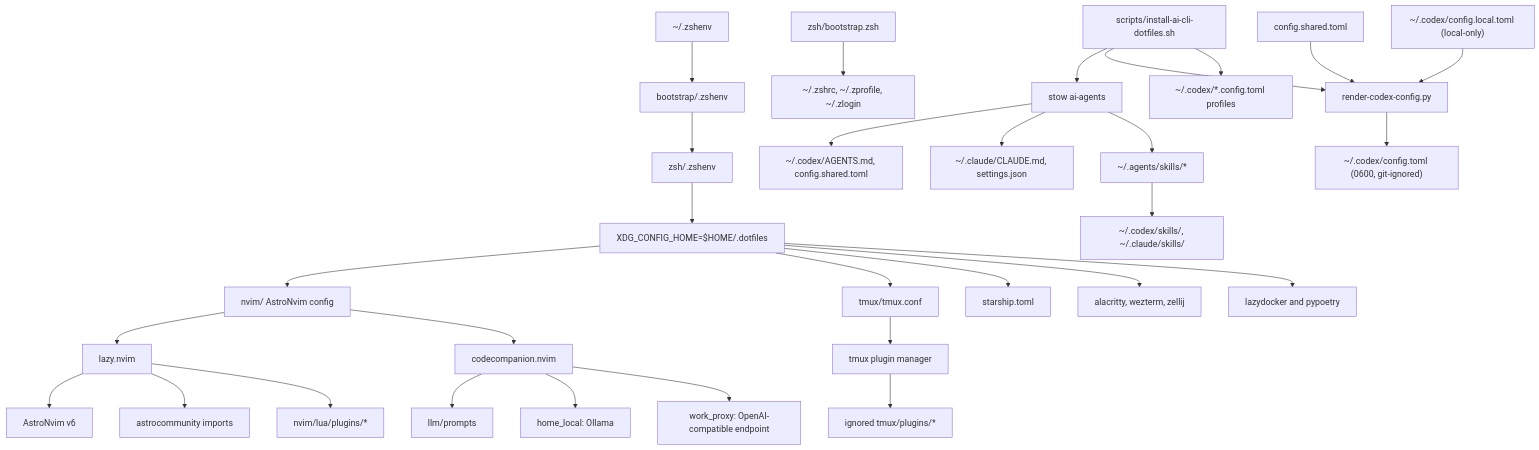
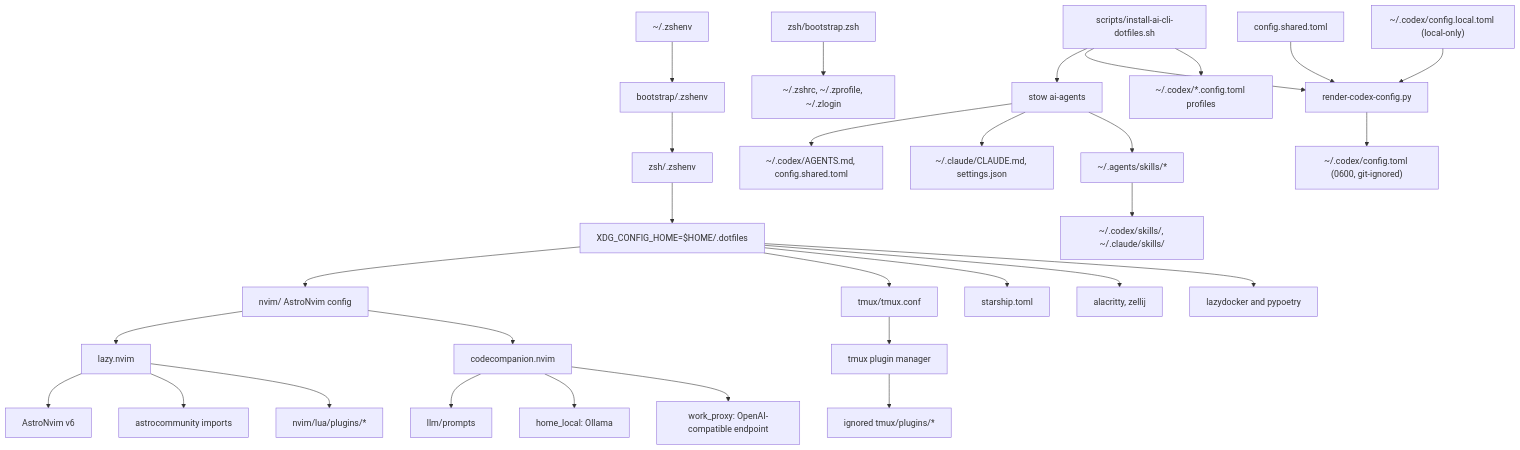
Before and after one commit to therealalexmois/dotfiles: the diagram in AGENTS.md, drawn with Mermaid. The commit also changed other lines of this file and 2 other files, not shown here.

Commit message:
chore(wezterm): remove unused wezterm config

````diff
--- a/AGENTS.md
+++ b/AGENTS.md
@@ -132,35 +131,35 @@
 ```mermaid
 flowchart TD
   HomeZshEnv["~/.zshenv"] --> BootstrapZshEnv["bootstrap/.zshenv"]
   BootstrapZshEnv --> ZshEnv["zsh/.zshenv"]
   ZshEnv --> XDG["XDG_CONFIG_HOME=$HOME/.dotfiles"]
   XDG --> Nvim["nvim/ AstroNvim config"]
   XDG --> Tmux["tmux/tmux.conf"]
   XDG --> Starship["starship.toml"]
-  XDG --> Terminals["alacritty, wezterm, zellij"]
+  XDG --> Terminals["alacritty, zellij"]
   XDG --> Tools["lazydocker and pypoetry"]
 
   Nvim --> Lazy["lazy.nvim"]
   Lazy --> Astro["AstroNvim v6"]
   Lazy --> Community["astrocommunity imports"]
   Lazy --> Plugins["nvim/lua/plugins/*"]
   Nvim --> AI["codecompanion.nvim"]
   AI --> Prompts["llm/prompts"]
   AI --> Ollama["home_local: Ollama"]
   AI --> WorkProxy["work_proxy: OpenAI-compatible endpoint"]
 
   Tmux --> Tpm["tmux plugin manager"]
   Tpm --> TmuxPlugins["ignored tmux/plugins/*"]
   ZshBootstrap["zsh/bootstrap.zsh"] --> ZshFiles["~/.zshrc, ~/.zprofile, ~/.zlogin"]
 
   Install["scripts/install-ai-cli-dotfiles.sh"] --> StowAI["stow ai-agents"]
   StowAI --> CodexLink["~/.codex/AGENTS.md, config.shared.toml"]
   StowAI --> ClaudeLink["~/.claude/CLAUDE.md, settings.json"]
   StowAI --> AgentsLink["~/.agents/skills/*"]
   Install --> Render["render-codex-config.py"]
   Render --> CodexCfg["~/.codex/config.toml (0600, git-ignored)"]
   CodexShared["config.shared.toml"] --> Render
   CodexLocal["~/.codex/config.local.toml (local-only)"] --> Render
   AgentsLink --> SkillLinks["~/.codex/skills/<skill>, ~/.claude/skills/<skill>"]
   Install --> ProfileLinks["~/.codex/*.config.toml profiles"]
 ```
````
